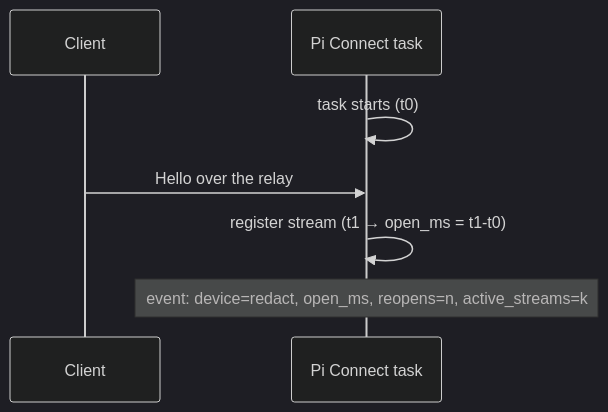
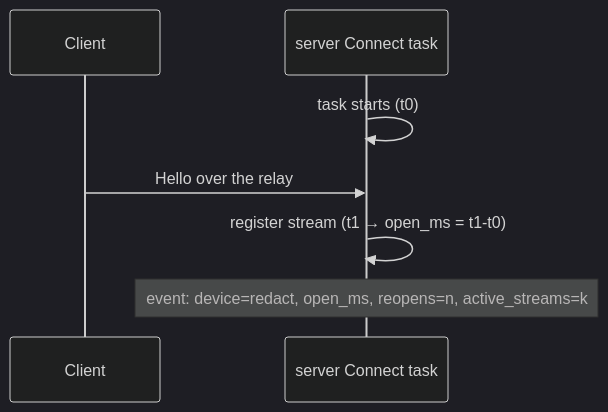
The diagram in openspec/changes/relay-privacy-logging/design.md (koppathachan/vyajena), drawn with Mermaid (dark theme) before and after one commit. The commit also changed other lines of this file and 437 other files, not shown here.

````diff
--- a/openspec/changes/relay-privacy-logging/design.md
+++ b/openspec/changes/relay-privacy-logging/design.md
@@ -67,9 +67,9 @@
 ```mermaid
 sequenceDiagram
   participant C as Client
-  participant Pi as Pi Connect task
-  Pi->>Pi: task starts (t0)
-  C->>Pi: Hello over the relay
-  Pi->>Pi: register stream (t1 → open_ms = t1-t0)
-  Note over Pi: event: device=redact, open_ms, reopens=n, active_streams=k
+  participant server as server Connect task
+  server->>server: task starts (t0)
+  C->>server: Hello over the relay
+  server->>server: register stream (t1 → open_ms = t1-t0)
+  Note over server: event: device=redact, open_ms, reopens=n, active_streams=k
 ```
````
